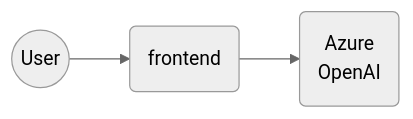
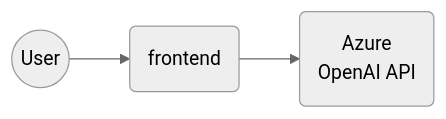
The first of 2 diagrams in README.md (msalemor/openai-content-demos), drawn with Mermaid (neutral theme) before and after one commit. The commit also changed other lines of this file, not shown here.

````diff
--- a/README.md
+++ b/README.md
@@ -90,5 +90,5 @@
 ```mermaid
 flowchart LR
 A((User)) --> B(frontend)
-B --> C(Azure<br/>OpenAI)
+B --> C(Azure<br/>OpenAI API)
 ```
````
